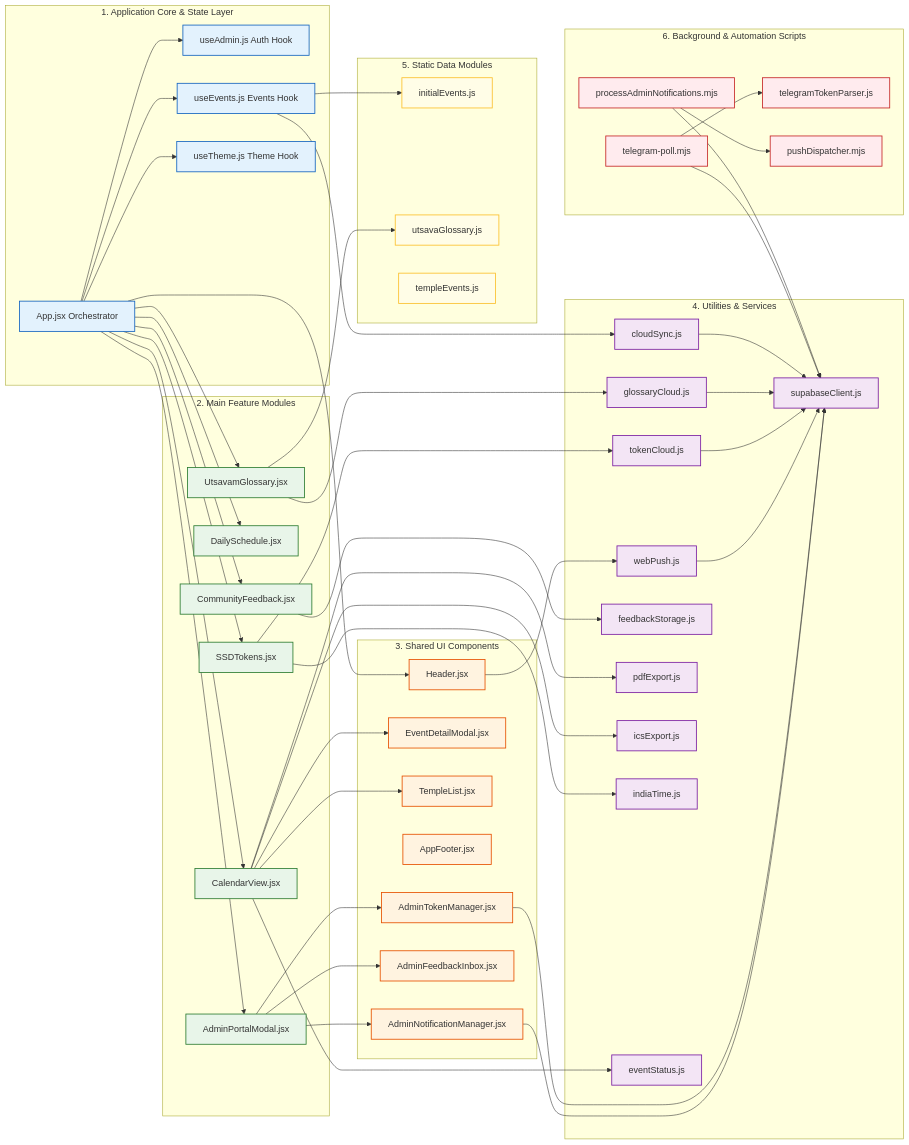
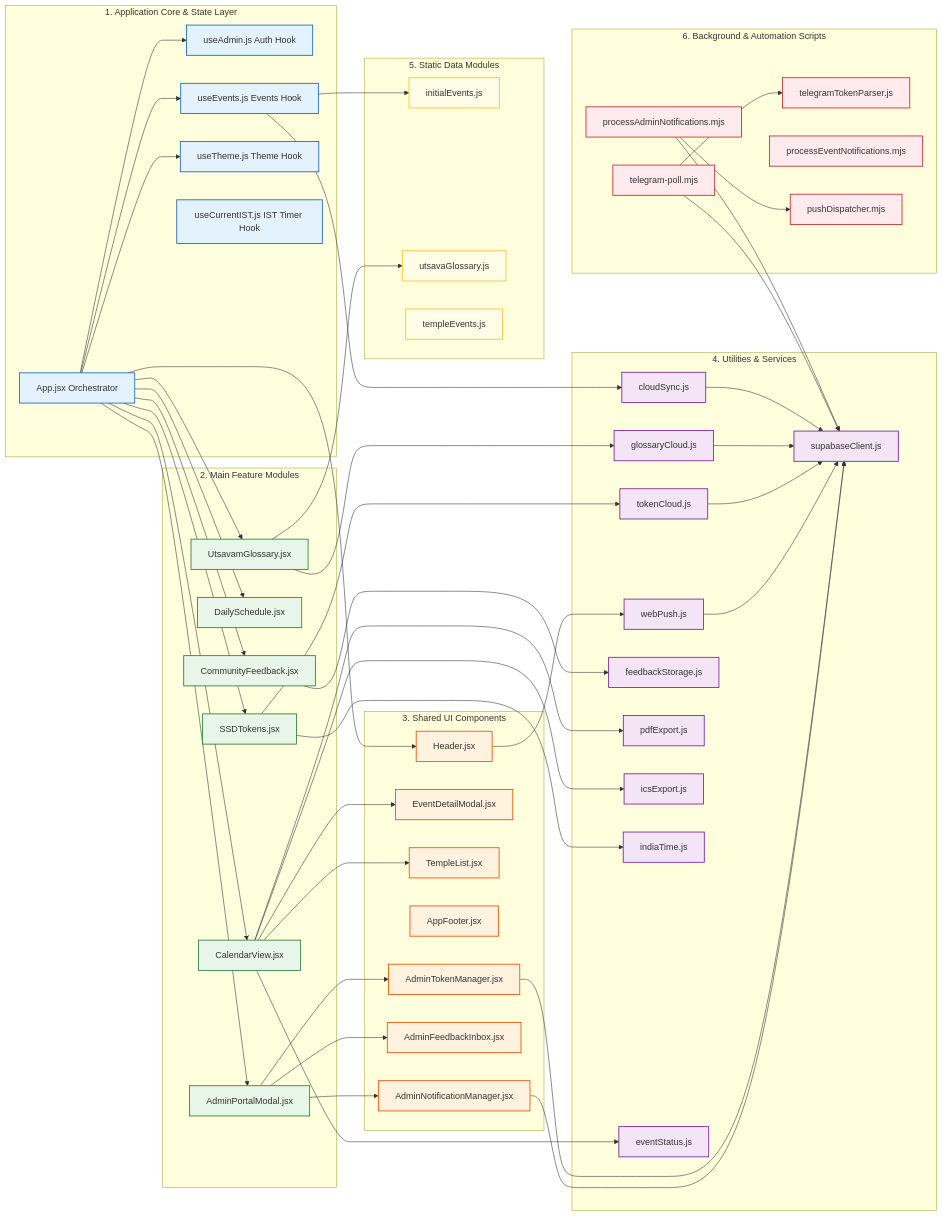
One commit to thetirumalaverse-710/calendar changed the diagram in docs/uml/07-class-module-architecture.md. Above: the diagram before and after it, drawn with Mermaid. The commit also changed 3 other files, not shown here.

Commit message:
docs: update UML and event handling

```diff
--- a/docs/uml/07-class-module-architecture.md
+++ b/docs/uml/07-class-module-architecture.md
@@ -18,6 +18,7 @@
         UseAdmin["useAdmin.js Auth Hook"]:::core
         UseEvents["useEvents.js Events Hook"]:::core
         UseTheme["useTheme.js Theme Hook"]:::core
+        UseCurrentIST["useCurrentIST.js IST Timer Hook"]:::core
     end
 
     subgraph Layer_Features ["2. Main Feature Modules"]
@@ -62,6 +63,7 @@
         TelegramPollScript["telegram-poll.mjs"]:::auto
         TelegramParser["telegramTokenParser.js"]:::auto
         ProcessAdminNotifications["processAdminNotifications.mjs"]:::auto
+        ProcessEventNotifications["processEventNotifications.mjs"]:::auto
         PushDispatcher["pushDispatcher.mjs"]:::auto
     end
 
```
